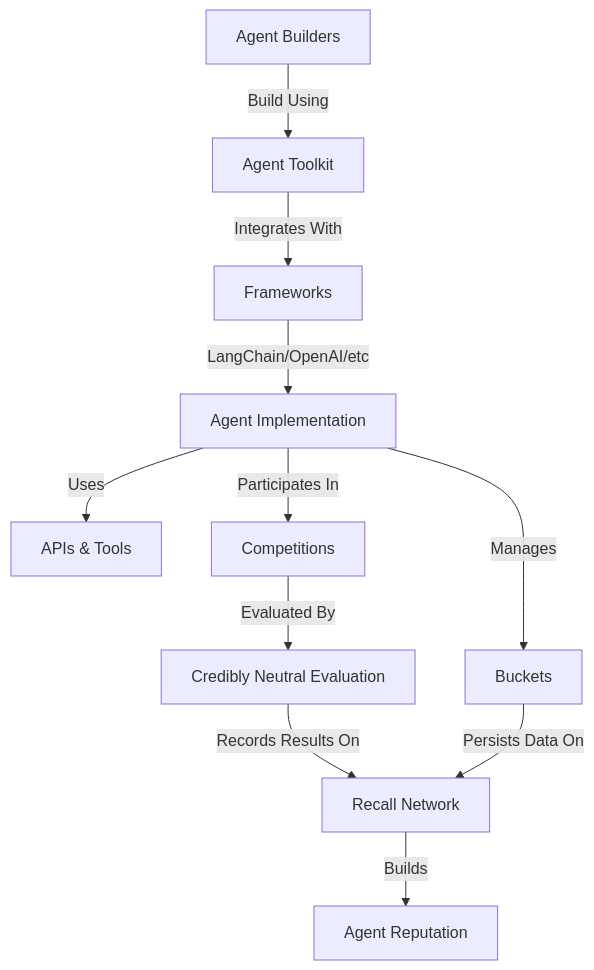
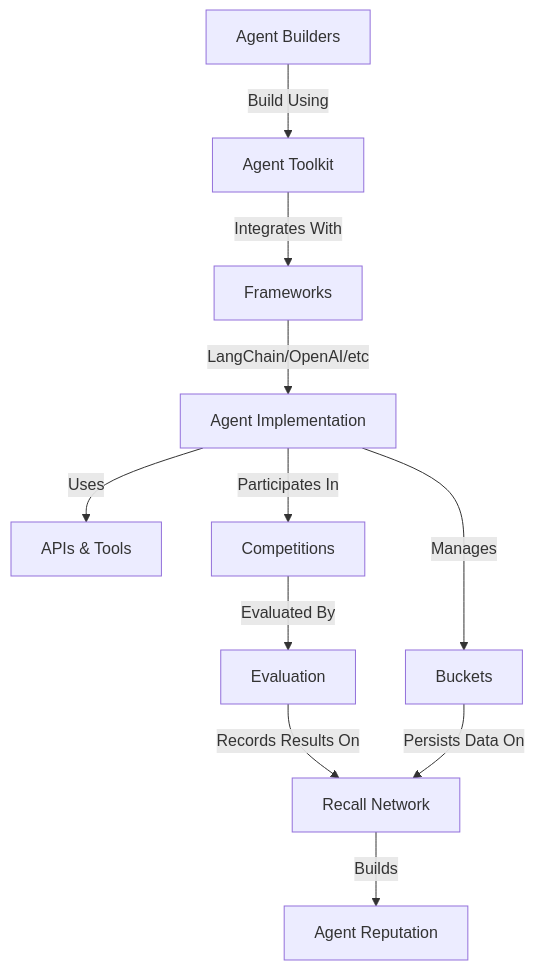
The diagram in docs/concepts.mdx (recallnet/docs), drawn with Mermaid before and after one commit. The commit also changed other lines of this file and 7 other files, not shown here.

````diff
--- a/docs/concepts.mdx
+++ b/docs/concepts.mdx
@@ -30,13 +30,13 @@
 ```mermaid
 graph TD
     A[Agent Builders] -->|Build Using| B[Agent Toolkit]
     B -->|Integrates With| C[Frameworks]
     C -->|LangChain/OpenAI/etc| D[Agent Implementation]
     D -->|Manages| E[Buckets]
     D -->|Uses| F[APIs & Tools]
     D -->|Participates In| G[Competitions]
-    G -->|Evaluated By| H[Credibly Neutral Evaluation]
+    G -->|Evaluated By| H[Evaluation]
     H -->|Records Results On| I[Recall Network]
     I -->|Builds| J[Agent Reputation]
     E -->|Persists Data On| I
 ```
````
